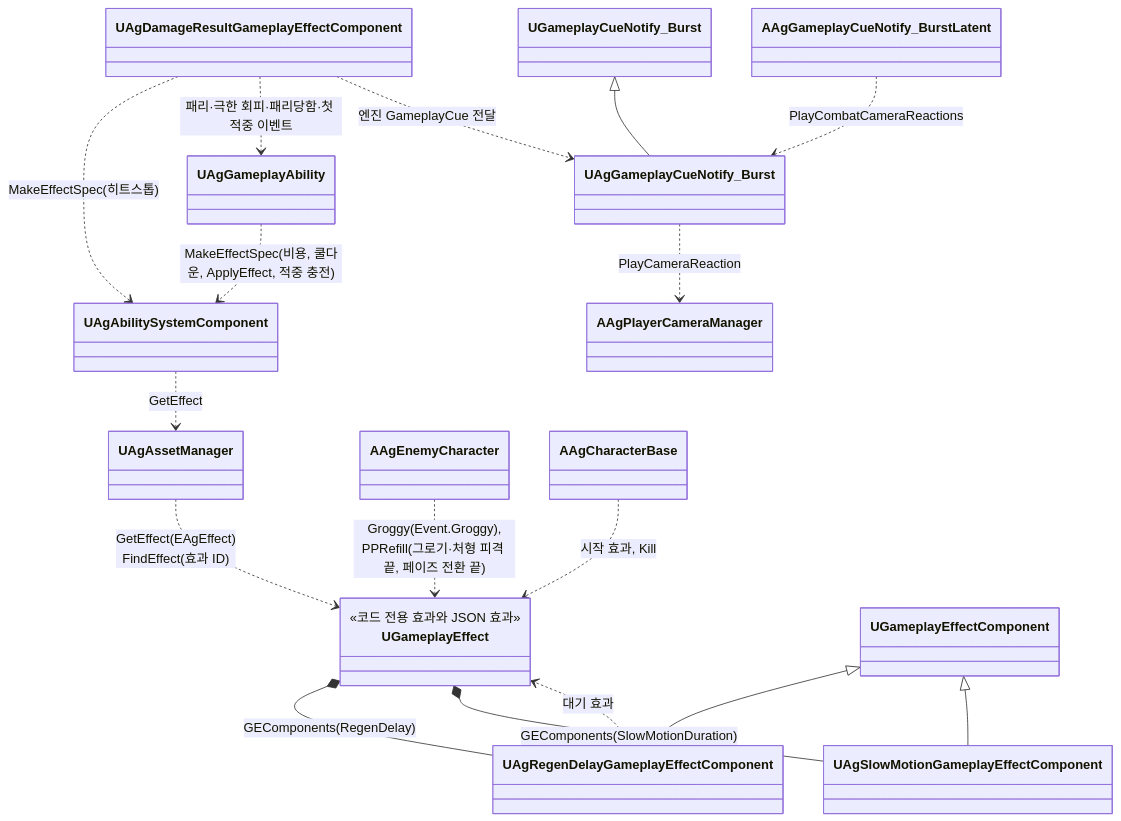
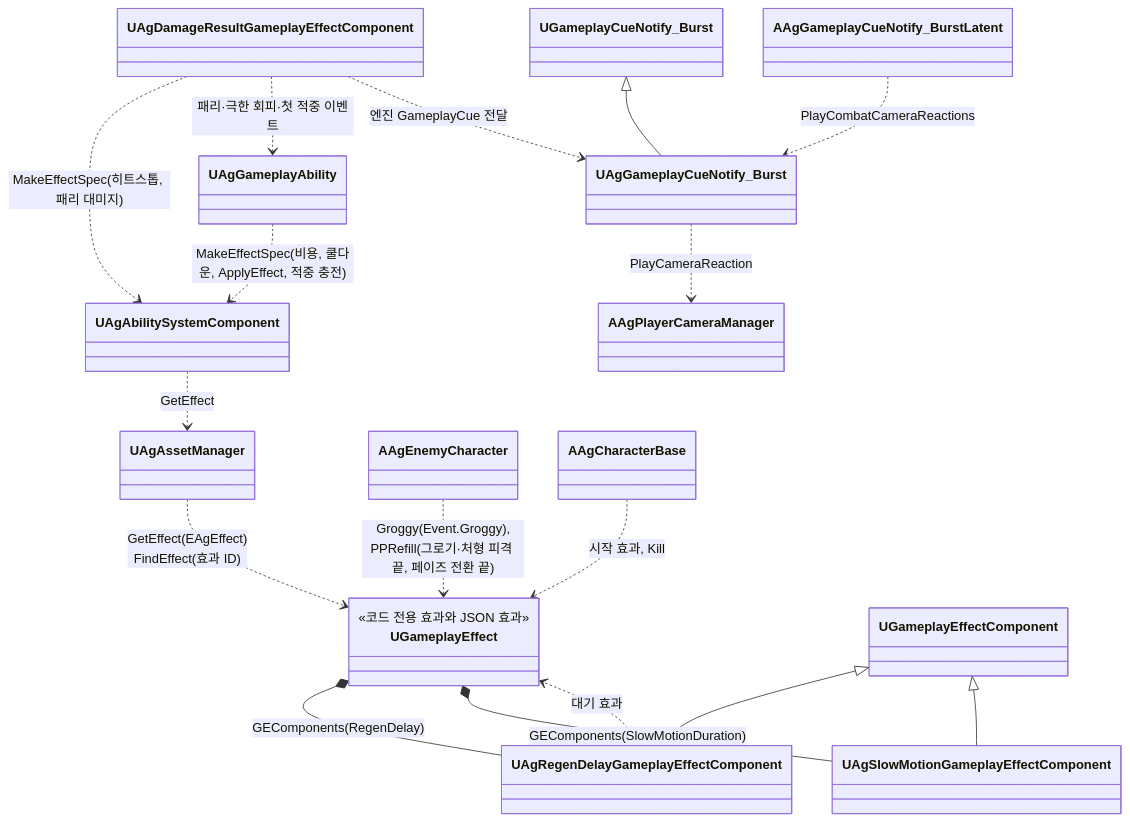
One commit to Woogl/Ag changed the sixth of 6 diagrams in Docs/Architecture/캐릭터 기반 구조와 GAS.md. Above: the diagram before and after it, drawn with Mermaid. The commit also changed other lines of this file and 14 other files, not shown here.

````diff
--- a/Docs/Architecture/캐릭터 기반 구조와 GAS.md
+++ b/Docs/Architecture/캐릭터 기반 구조와 GAS.md
@@ -287,23 +287,23 @@
 ```mermaid
 classDiagram
     direction TB
     class UGameplayEffect {
         <<코드 전용 효과와 JSON 효과>>
     }
     UAgAssetManager ..> UGameplayEffect : GetEffect(EAgEffect)<br>FindEffect(효과 ID)
     UGameplayEffectComponent <|-- UAgRegenDelayGameplayEffectComponent
     UGameplayEffect *-- UAgRegenDelayGameplayEffectComponent : GEComponents(RegenDelay)
     UAgRegenDelayGameplayEffectComponent ..> UGameplayEffect : 대기 효과
     UGameplayEffectComponent <|-- UAgSlowMotionGameplayEffectComponent
     UGameplayEffect *-- UAgSlowMotionGameplayEffectComponent : GEComponents(SlowMotionDuration)
     UAgAbilitySystemComponent ..> UAgAssetManager : GetEffect
     UAgGameplayAbility ..> UAgAbilitySystemComponent : MakeEffectSpec(비용, 쿨다운, ApplyEffect, 적중 충전)
-    UAgDamageResultGameplayEffectComponent ..> UAgAbilitySystemComponent : MakeEffectSpec(히트스톱)
-    UAgDamageResultGameplayEffectComponent ..> UAgGameplayAbility : 패리·극한 회피·패리당함·첫 적중 이벤트
+    UAgDamageResultGameplayEffectComponent ..> UAgAbilitySystemComponent : MakeEffectSpec(히트스톱, 패리 대미지)
+    UAgDamageResultGameplayEffectComponent ..> UAgGameplayAbility : 패리·극한 회피·첫 적중 이벤트
     UGameplayCueNotify_Burst <|-- UAgGameplayCueNotify_Burst
     UAgDamageResultGameplayEffectComponent ..> UAgGameplayCueNotify_Burst : 엔진 GameplayCue 전달
     AAgGameplayCueNotify_BurstLatent ..> UAgGameplayCueNotify_Burst : PlayCombatCameraReactions
     UAgGameplayCueNotify_Burst ..> AAgPlayerCameraManager : PlayCameraReaction
     AAgEnemyCharacter ..> UGameplayEffect : Groggy(Event.Groggy),<br>PPRefill(그로기·처형 피격 끝, 페이즈 전환 끝)
     AAgCharacterBase ..> UGameplayEffect : 시작 효과, Kill
 ```
````
